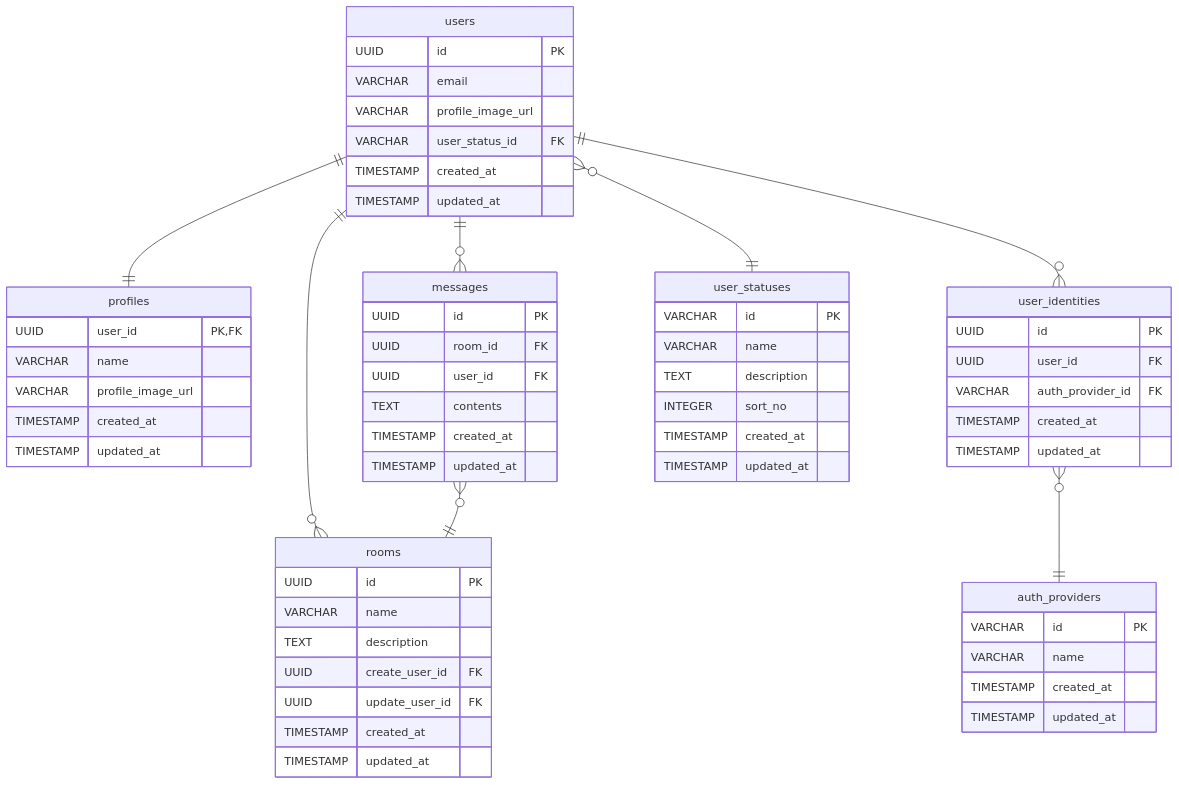
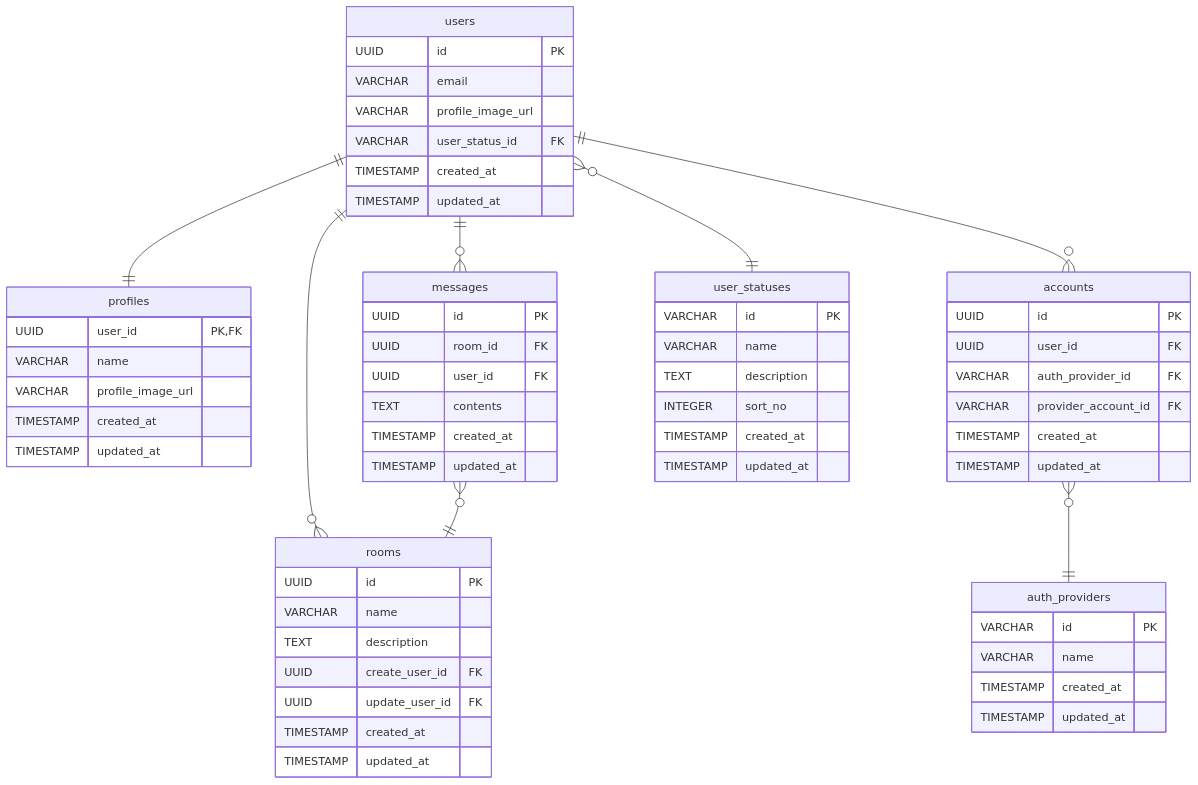
Before and after one commit to masuoka-hcompany/chat-app: the diagram in docs/DB設計/DB設計.md, drawn with Mermaid. The commit also changed other lines of this file, not shown here.

Commit message:
DB設計を Auth.jsの名称に寄せる形に修正。

````diff
--- a/docs/DB設計/DB設計.md
+++ b/docs/DB設計/DB設計.md
@@ -118,72 +118,73 @@
 ```mermaid
 erDiagram
   %% リレーション定義
   users 1--1 profiles : ""
   users 1--0+ messages : ""
   users 1--0+ rooms : ""
-  users 1--0+ user_identities : ""
-  user_identities 0+--1 auth_providers : ""
+  users 1--0+ accounts : ""
+  accounts 0+--1 auth_providers : ""
   users 0+--1 user_statuses : ""
   messages 0+--1 rooms : ""
 
   users {
     UUID id PK
     VARCHAR email
     VARCHAR profile_image_url
     VARCHAR user_status_id FK
     TIMESTAMP created_at
     TIMESTAMP updated_at
   }
 
   profiles {
     UUID user_id PK,FK
     VARCHAR name
     VARCHAR profile_image_url
     TIMESTAMP created_at
     TIMESTAMP updated_at
   }
 
   user_statuses {
     VARCHAR id PK
     VARCHAR name
     TEXT description
     INTEGER sort_no
     TIMESTAMP created_at
     TIMESTAMP updated_at
   }
 
-  user_identities {
+  accounts {
     UUID id PK
     UUID user_id FK
     VARCHAR auth_provider_id FK
+    VARCHAR provider_account_id FK
     TIMESTAMP created_at
     TIMESTAMP updated_at
   }
 
   auth_providers {
     VARCHAR id PK
     VARCHAR name
     TIMESTAMP created_at
     TIMESTAMP updated_at
   }
 
   rooms {
     UUID id PK
     VARCHAR name
     TEXT description
     UUID create_user_id FK
     UUID update_user_id FK
     TIMESTAMP created_at
     TIMESTAMP updated_at
   }
 
   messages {
     UUID id PK
     UUID room_id FK
     UUID user_id FK
     TEXT contents
     TIMESTAMP created_at
     TIMESTAMP updated_at
   }
 
 ```
````
